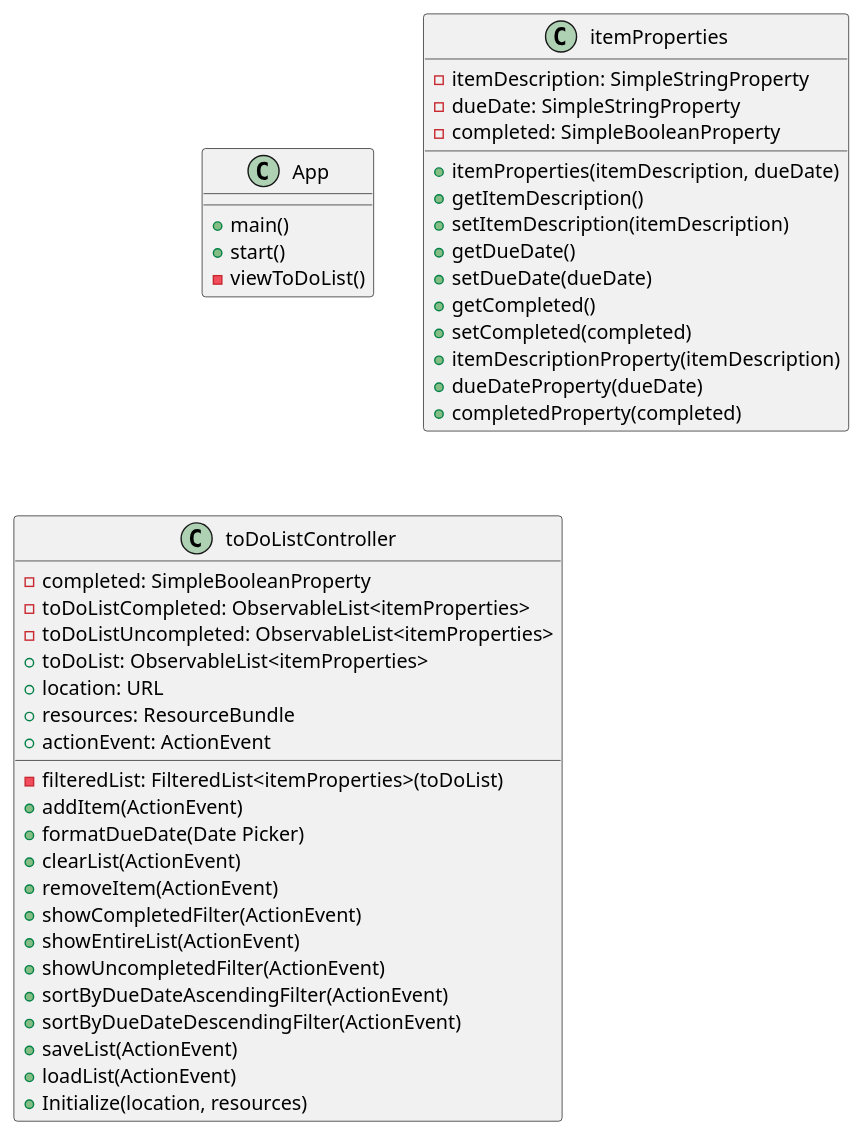
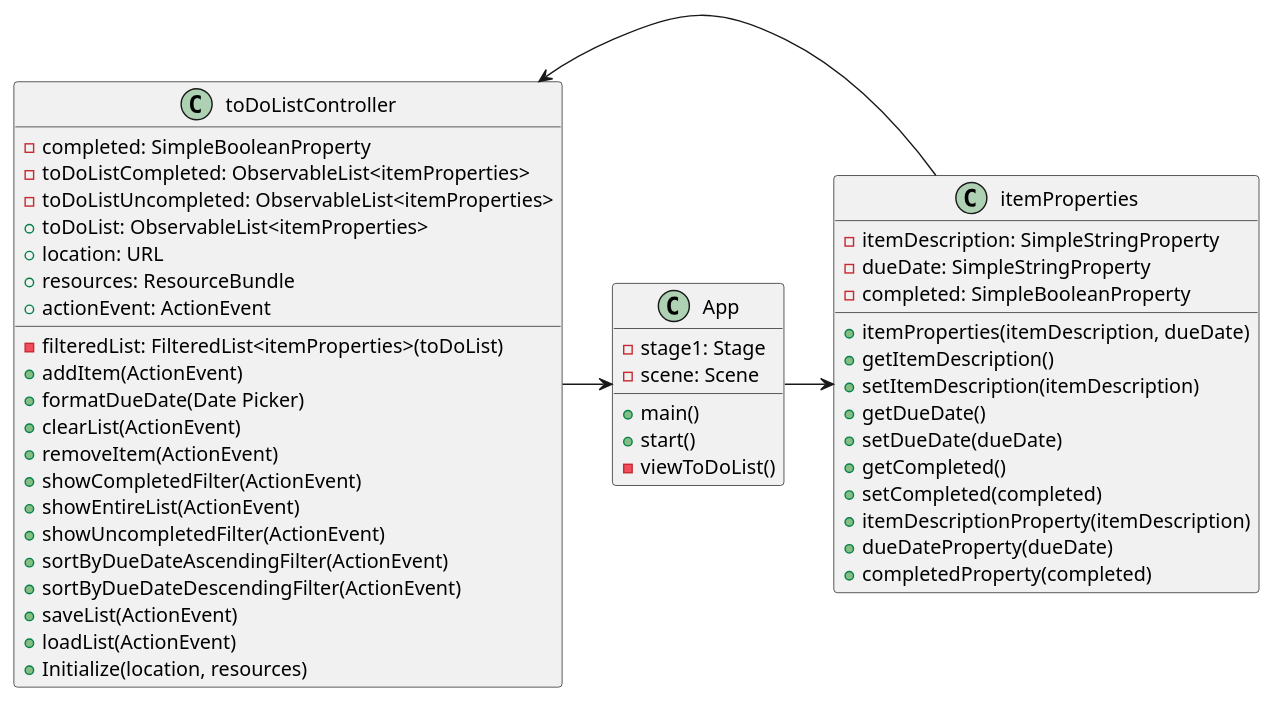
Before and after one commit to e4s70f3d3n/gui-based-task-manager: the diagram in uml/assignment4.puml, drawn with PlantUML. The commit also changed 3 other files, not shown here.

Commit message:
uml final

```diff
--- a/uml/assignment4.puml
+++ b/uml/assignment4.puml
@@ -1,52 +1,59 @@
 @startuml
 'https://plantuml.com/class-diagram
 
 Class App {
+- stage1: Stage
+- scene: Scene
+
 + main()
 + start()
 - viewToDoList()
 }
 
 class itemProperties {
     - itemDescription: SimpleStringProperty
     - dueDate: SimpleStringProperty
     - completed: SimpleBooleanProperty
 
     + itemProperties(itemDescription, dueDate)
     + getItemDescription()
     + setItemDescription(itemDescription)
     + getDueDate()
     + setDueDate(dueDate)
     + getCompleted()
     + setCompleted(completed)
     + itemDescriptionProperty(itemDescription)
     + dueDateProperty(dueDate)
     + completedProperty(completed)
 }
 
 class toDoListController {
     - completed: SimpleBooleanProperty
     - toDoListCompleted: ObservableList<itemProperties>
     - toDoListUncompleted: ObservableList<itemProperties>
     + toDoList: ObservableList<itemProperties>
     + location: URL
     + resources: ResourceBundle
     + actionEvent: ActionEvent
 
     - filteredList: FilteredList<itemProperties>(toDoList)
     + addItem(ActionEvent)
     + formatDueDate(Date Picker)
     + clearList(ActionEvent)
     + removeItem(ActionEvent)
     + showCompletedFilter(ActionEvent)
     + showEntireList(ActionEvent)
     + showUncompletedFilter(ActionEvent)
     + sortByDueDateAscendingFilter(ActionEvent)
     + sortByDueDateDescendingFilter(ActionEvent)
     + saveList(ActionEvent)
     + loadList(ActionEvent)
     + Initialize(location, resources)
 
 }
 
+toDoListController -> App
+itemProperties -> toDoListController
+App -> itemProperties
+
 @enduml
```
